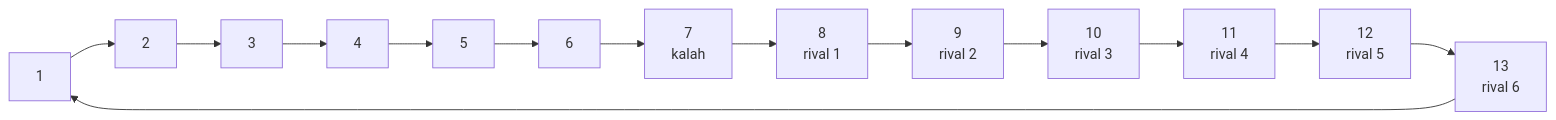
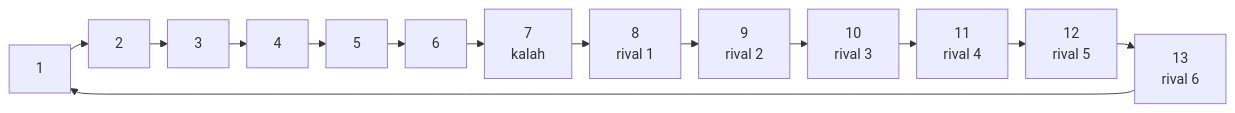
Before and after one commit to CesarBallardini/curso-de-prolog: the diagram in docs/capitulo-78-proyecto-kalah-mastermind-nim/kalah.md, drawn with Mermaid. The commit also changed 34 other files, not shown here.

````diff
--- a/docs/capitulo-78-proyecto-kalah-mastermind-nim/kalah.md
+++ b/docs/capitulo-78-proyecto-kalah-mastermind-nim/kalah.md
@@ -38,8 +38,9 @@
 ```mermaid
+%%{init: {"flowchart": {"nodeSpacing": 15, "rankSpacing": 20}}}%%
 flowchart LR
     m1["1"] --> m2["2"] --> m3["3"] --> m4["4"] --> m5["5"] --> m6["6"]
     m6 --> k["7<br/>kalah"]
     k --> s1["8<br/>rival 1"] --> s2["9<br/>rival 2"] --> s3["10<br/>rival 3"]
     s3 --> s4["11<br/>rival 4"] --> s5["12<br/>rival 5"] --> s6["13<br/>rival 6"]
     s6 --> m1
 ```
````
